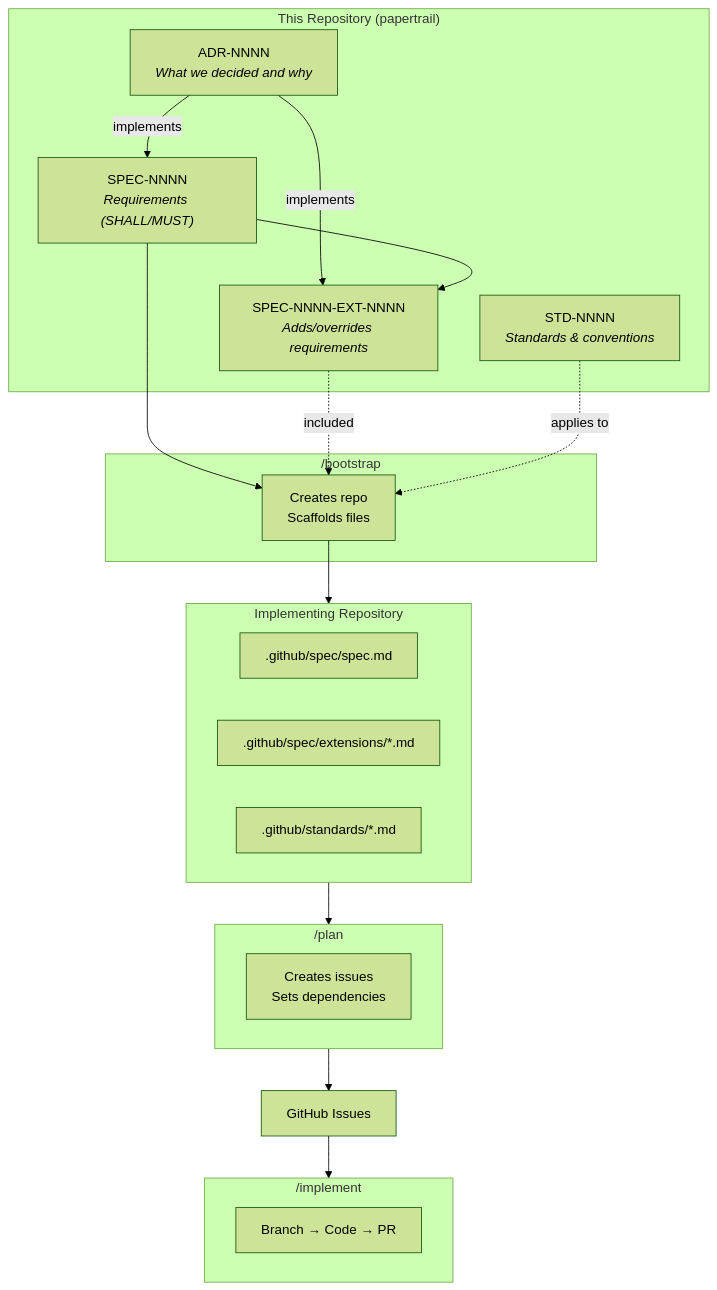
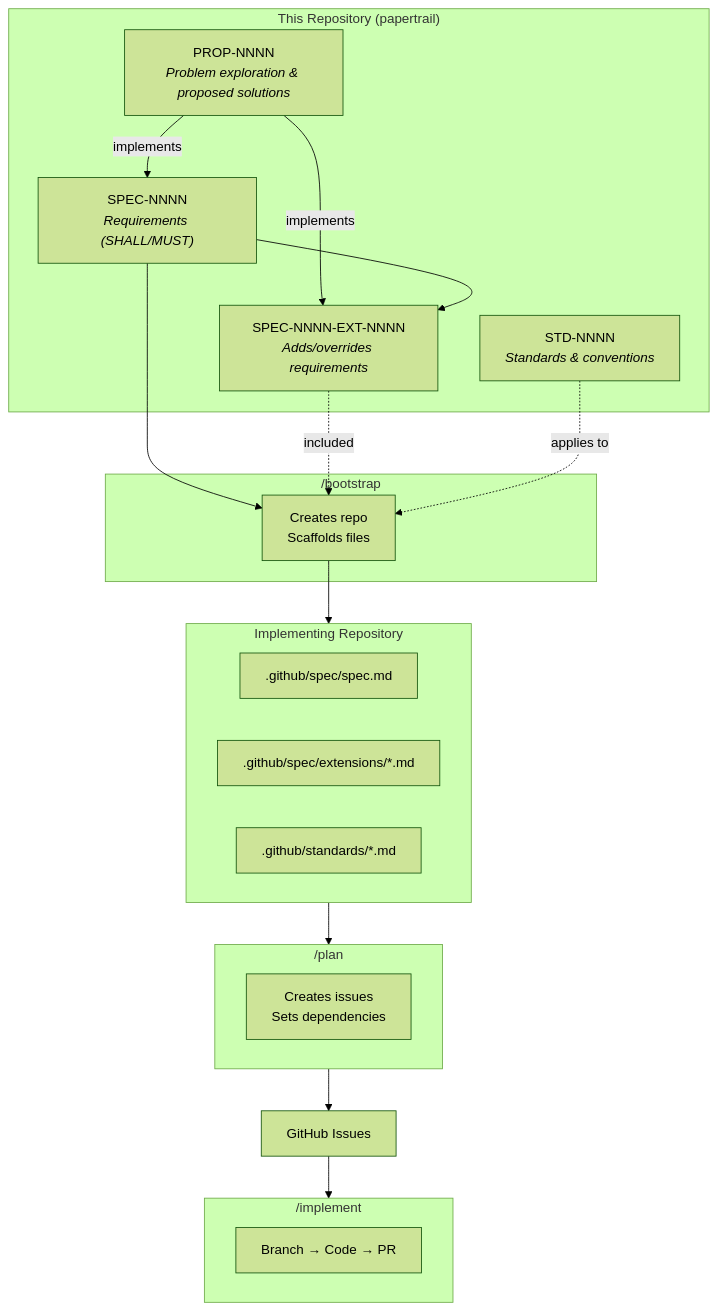
The diagram in README.md (vegardx/papertrail), drawn with Mermaid (forest theme) before and after one commit. The commit also changed other lines of this file, not shown here.

First line of the commit message:
Update README for ADR to Proposals migration

````diff
--- a/README.md
+++ b/README.md
@@ -32,38 +32,38 @@
 ```mermaid
 flowchart TB
     subgraph papertrail["This Repository (papertrail)"]
-        ADR["ADR-NNNN<br/><i>What we decided and why</i>"]
+        PROP["PROP-NNNN<br/><i>Problem exploration & proposed solutions</i>"]
         SPEC["SPEC-NNNN<br/><i>Requirements (SHALL/MUST)</i>"]
         EXT["SPEC-NNNN-EXT-NNNN<br/><i>Adds/overrides requirements</i>"]
         STD["STD-NNNN<br/><i>Standards & conventions</i>"]
     end
 
     subgraph bootstrap["/bootstrap"]
         BOOT["Creates repo<br/>Scaffolds files"]
     end
 
     subgraph impl["Implementing Repository"]
         SPECFILE[".github/spec/spec.md"]
         EXTFILES[".github/spec/extensions/*.md"]
         STDFILES[".github/standards/*.md"]
     end
 
     subgraph plan["/plan"]
         PLAN["Creates issues<br/>Sets dependencies"]
     end
 
     subgraph implement["/implement"]
         IMPL["Branch → Code → PR"]
     end
 
-    ADR -->|"implements"| SPEC
-    ADR -->|"implements"| EXT
+    PROP -->|"implements"| SPEC
+    PROP -->|"implements"| EXT
     SPEC --> EXT
     SPEC --> BOOT
     EXT -.->|"included"| BOOT
     STD -.->|"applies to"| BOOT
     BOOT --> impl
     impl --> plan
     plan --> ISSUES["GitHub Issues"]
     ISSUES --> implement
 ```
````
